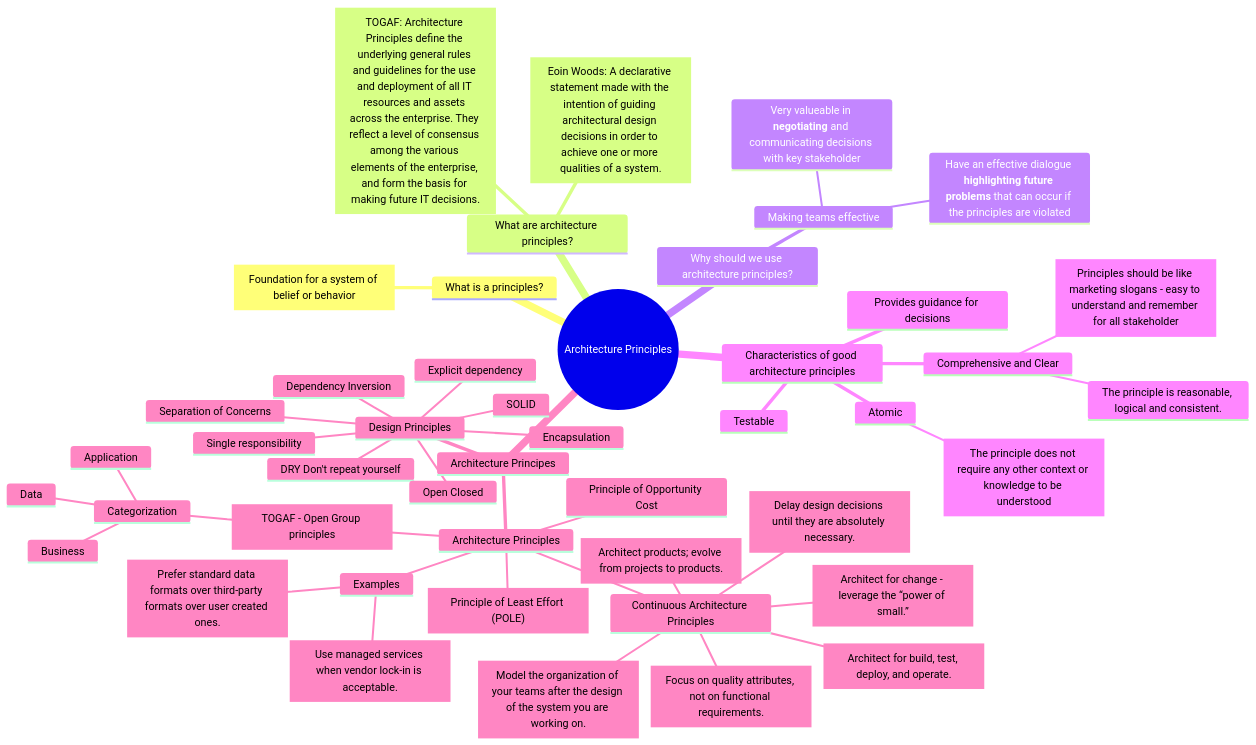
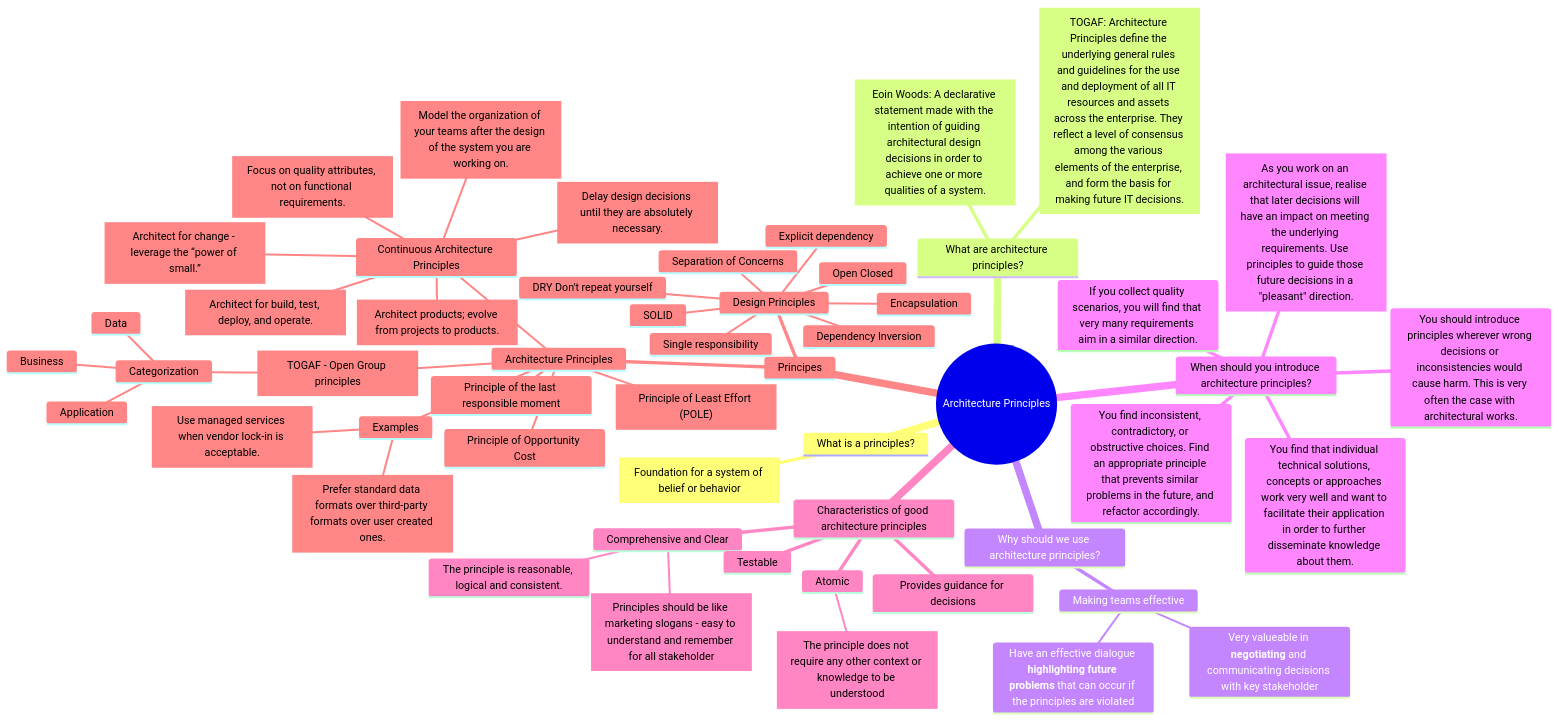
One commit to bitsmuggler/software-architecture-principles changed the diagram in README.md. Above: the diagram before and after it, drawn with Mermaid. The commit also changed other lines of this file, not shown here.

Commit message:
Updated: When should you introduce architecture principles

````diff
--- a/README.md
+++ b/README.md
@@ -5,49 +5,56 @@
 ```mermaid
 mindmap
   root((Architecture Principles))
     What is a principles?
         ["Foundation for a system of belief or behavior"]
     What are architecture principles?
         ["Eoin Woods: A declarative statement made with the intention of guiding architectural design decisions in order to achieve one or more qualities of a system."]
         ["TOGAF: Architecture Principles define the underlying general rules and guidelines for the use and deployment of all IT resources and assets across the enterprise. They reflect a level of consensus among the various elements of the enterprise, and form the basis for making future IT decisions."]
     Why should we use architecture principles?
         Making teams effective
             Very valueable in **negotiating** and communicating decisions with key stakeholder
             Have an effective dialogue **highlighting future problems** that can occur if the principles are violated
+    When should you introduce architecture principles?
+        You should introduce principles wherever wrong decisions or inconsistencies would cause harm. This is very often the case with architectural works.
+        You find that individual technical solutions, concepts or approaches work very well and want to facilitate their application in order to further disseminate knowledge about them.
+        You find inconsistent, contradictory, or obstructive choices. Find an appropriate principle that prevents similar problems in the future, and refactor accordingly.
+        If you collect quality scenarios, you will find that very many requirements aim in a similar direction.
+        [As you work on an architectural issue, realise that later decisions will have an impact on meeting the underlying requirements. Use principles to guide those future decisions in a "pleasant" direction.]
     Characteristics of good architecture principles
         Comprehensive and Clear
             The principle is reasonable, logical and consistent.
             ["Principles should be like marketing slogans - easy to understand and remember for all stakeholder"]
         Provides guidance for decisions
         Testable
         Atomic
             ["The principle does not require any other context or knowledge to be understood"]    
-    Architecture Principes
+    Principes
         Architecture Principles
             ["Principle of Least Effort (POLE)"]
             Principle of Opportunity Cost
+            Principle of the last responsible moment
             [TOGAF - Open Group principles]
                 Categorization
                     Business
                     Data
                     Application
             Continuous Architecture Principles
                 [Architect products; evolve from projects to products.]
                 [Focus on quality attributes, not on functional requirements.]
                 [Delay design decisions until they are absolutely necessary.]
                 [Architect for change - leverage the “power of small.”]
                 [Architect for build, test, deploy, and operate.]
                 [Model the organization of your teams after the design of the system you are working on.]
             Examples
                 [Use managed services when vendor lock-in is acceptable.]
                 [Prefer standard data formats over third-party formats over user created ones.]
         Design Principles
             SOLID
             Separation of Concerns
             Encapsulation
             DRY Don't repeat yourself
             Dependency Inversion
             Explicit dependency
             Single responsibility
             Open Closed
 ```
````
